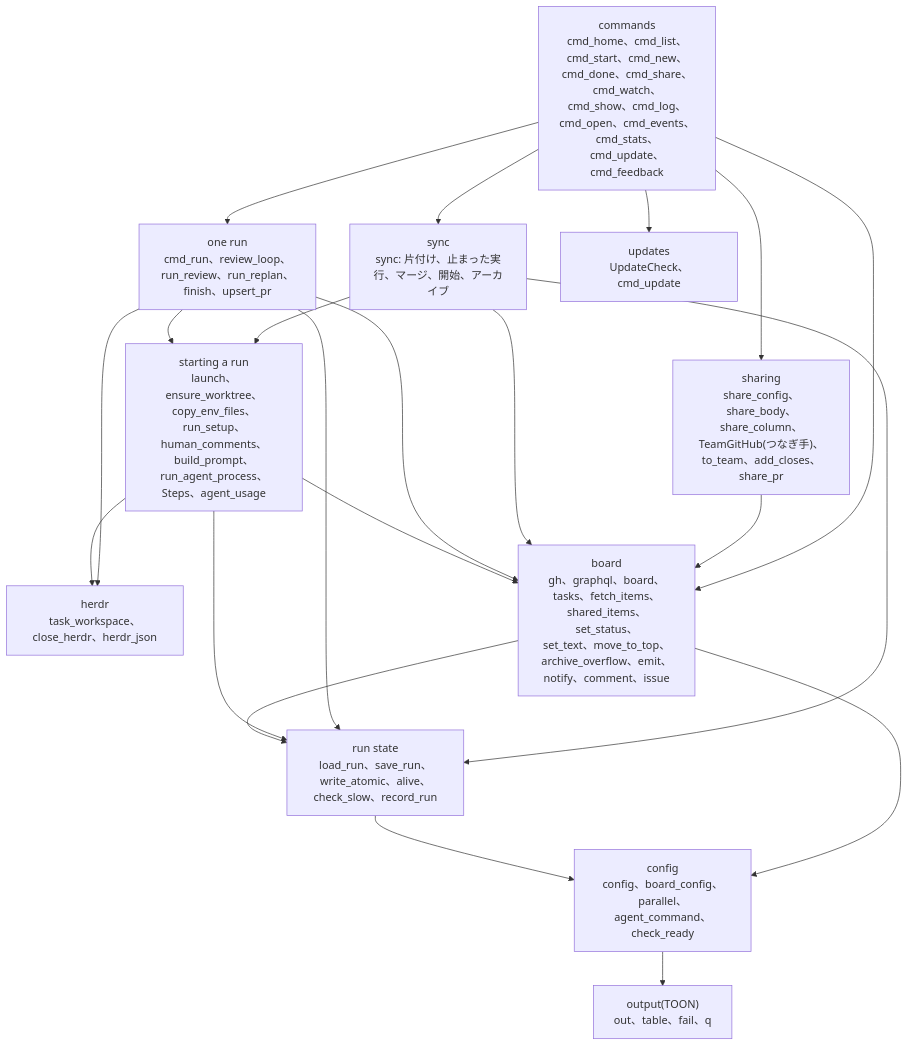
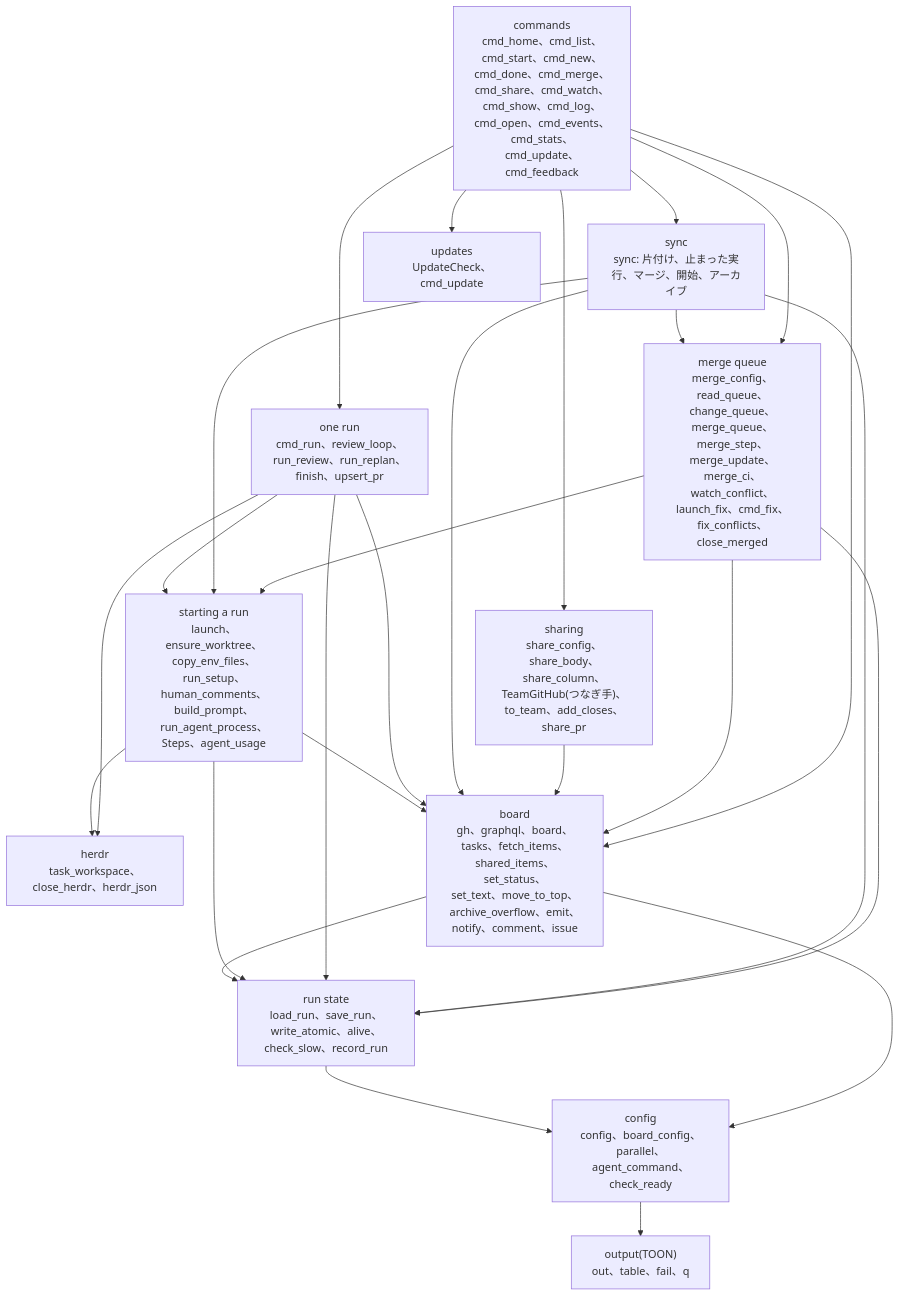
Before and after one commit to jyoka/task-hub: the first of 9 diagrams in docs/architecture/lld.md, drawn with Mermaid. The commit also changed other lines of this file and 11 other files, not shown here.

Commit message:
task 16: Merge pipeline (1/4): merge queue with auto conflict fix

````diff
--- a/docs/architecture/lld.md
+++ b/docs/architecture/lld.md
@@ -11,35 +11,41 @@
 ```mermaid
 flowchart TB
-    commands["commands<br/>cmd_home、cmd_list、cmd_start、cmd_new、cmd_done、cmd_share、cmd_watch、<br/>cmd_show、cmd_log、cmd_open、cmd_events、cmd_stats、cmd_update、cmd_feedback"]
+    commands["commands<br/>cmd_home、cmd_list、cmd_start、cmd_new、cmd_done、cmd_merge、cmd_share、cmd_watch、<br/>cmd_show、cmd_log、cmd_open、cmd_events、cmd_stats、cmd_update、cmd_feedback"]
+    mergeq["merge queue<br/>merge_config、read_queue、change_queue、merge_queue、merge_step、merge_update、merge_ci、<br/>watch_conflict、launch_fix、cmd_fix、fix_conflicts、close_merged"]
     sharing["sharing<br/>share_config、share_body、share_column、TeamGitHub(つなぎ手)、to_team、add_closes、share_pr"]
     sync["sync<br/>sync: 片付け、止まった実行、マージ、開始、アーカイブ"]
     runone["one run<br/>cmd_run、review_loop、run_review、run_replan、finish、upsert_pr"]
     start["starting a run<br/>launch、ensure_worktree、copy_env_files、run_setup、human_comments、build_prompt、<br/>run_agent_process、Steps、agent_usage"]
     herdr["herdr<br/>task_workspace、close_herdr、herdr_json"]
     runstate["run state<br/>load_run、save_run、write_atomic、alive、check_slow、record_run"]
     boardl["board<br/>gh、graphql、board、tasks、fetch_items、shared_items、set_status、<br/>set_text、move_to_top、archive_overflow、emit、notify、comment、issue"]
     config["config<br/>config、board_config、parallel、agent_command、check_ready"]
     output["output(TOON)<br/>out、table、fail、q"]
     updates["updates<br/>UpdateCheck、cmd_update"]
 
     commands --> sync
     commands --> runone
     commands --> boardl
     commands --> updates
     commands --> sharing
+    commands --> mergeq
+    sync --> mergeq
+    mergeq --> start
+    mergeq --> boardl
+    mergeq --> runstate
     sharing --> boardl
     sync --> start
     sync --> boardl
     sync --> runstate
     runone --> start
     runone --> boardl
     runone --> runstate
     runone --> herdr
     start --> herdr
     start --> runstate
     start --> boardl
     boardl --> runstate
     boardl --> config
     runstate --> config
     config --> output
 ```
````
